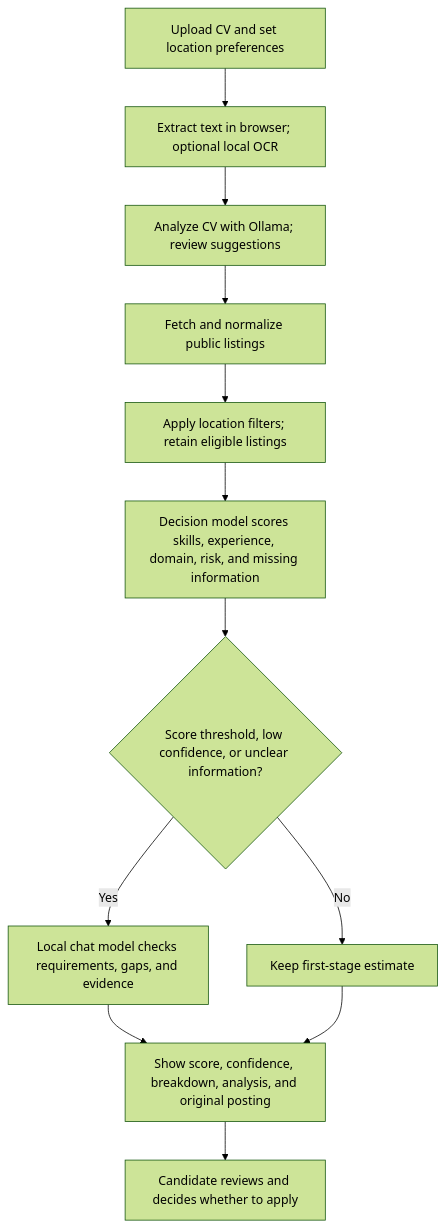
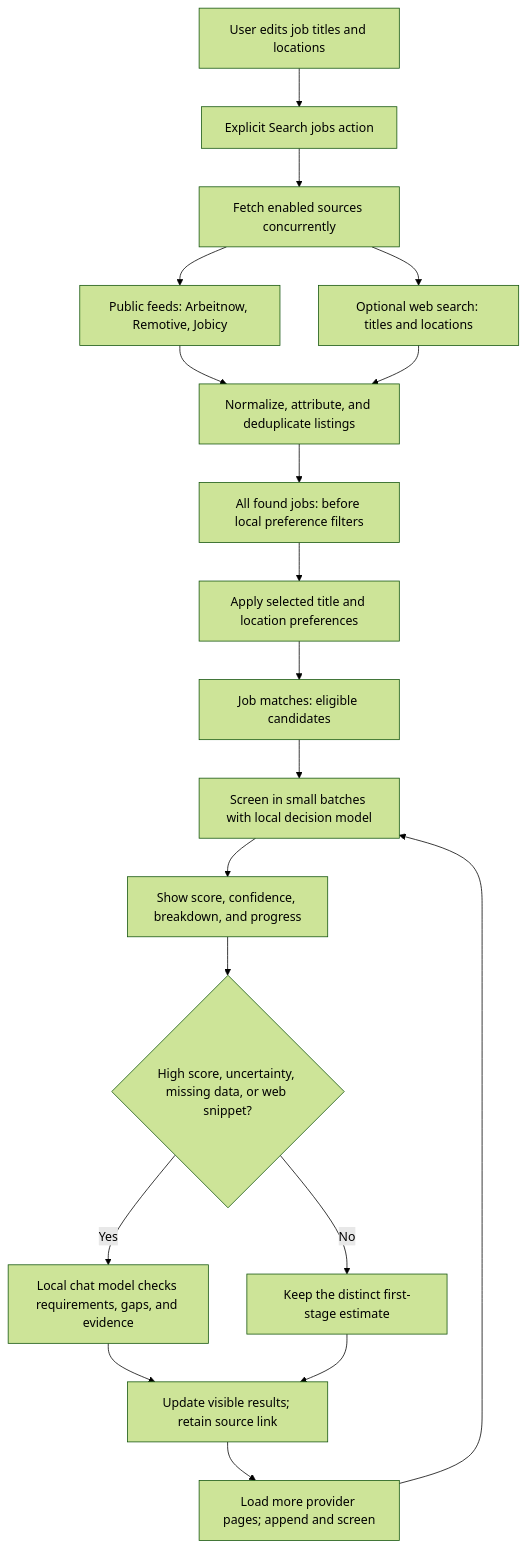
Before and after one commit to sinariazi/jobpilot: the second of 4 diagrams in README.md, drawn with Mermaid (forest theme). The commit also changed other lines of this file, not shown here.

Commit message:
Update solution architecture showcase

````diff
--- a/README.md
+++ b/README.md
@@ -191,14 +193,21 @@
 ```mermaid
 flowchart TB
-    start["Upload CV and set location preferences"] --> extract["Extract text in browser; optional local OCR"]
-    extract --> cv["Analyze CV with Ollama; review suggestions"]
-    cv --> search["Fetch and normalize public listings"]
-    search --> filter["Apply location filters; retain eligible listings"]
-    filter --> screen["Decision model scores skills, experience, domain, risk, and missing information"]
-    screen --> route{"Score threshold, low confidence, or unclear information?"}
-    route -->|"Yes"| detailed["Local chat model checks requirements, gaps, and evidence"]
-    route -->|"No"| estimate["Keep first-stage estimate"]
-    detailed --> results["Show score, confidence, breakdown, analysis, and original posting"]
+    preferences["User edits job titles and locations"] --> request["Explicit Search jobs action"]
+    request --> gather["Fetch enabled sources concurrently"]
+    gather --> public["Public feeds: Arbeitnow, Remotive, Jobicy"]
+    gather --> optional["Optional web search: titles and locations"]
+    public --> normalize["Normalize, attribute, and deduplicate listings"]
+    optional --> normalize
+    normalize --> pool["All found jobs: before local preference filters"]
+    pool --> filter["Apply selected title and location preferences"]
+    filter --> eligible["Job matches: eligible candidates"]
+    eligible --> batch["Screen in small batches with local decision model"]
+    batch --> score["Show score, confidence, breakdown, and progress"]
+    score --> route{"High score, uncertainty, missing data, or web snippet?"}
+    route -->|"Yes"| detail["Local chat model checks requirements, gaps, and evidence"]
+    route -->|"No"| estimate["Keep the distinct first-stage estimate"]
+    detail --> results["Update visible results; retain source link"]
     estimate --> results
-    results --> human["Candidate reviews and decides whether to apply"]
+    results --> more["Load more provider pages; append and screen"]
+    more --> batch
 ```
````
